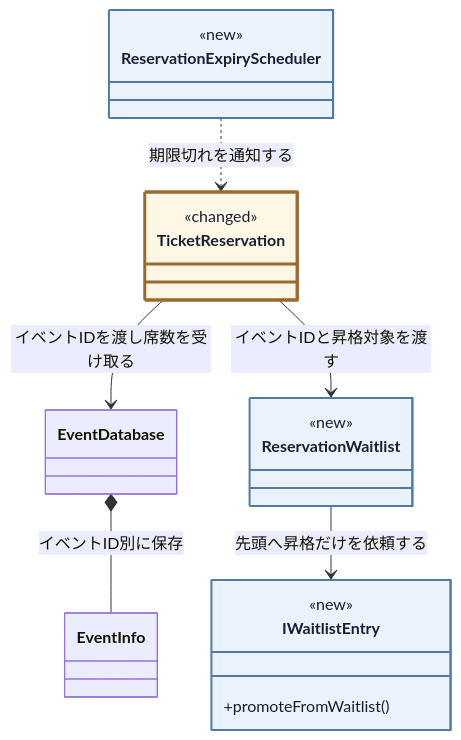
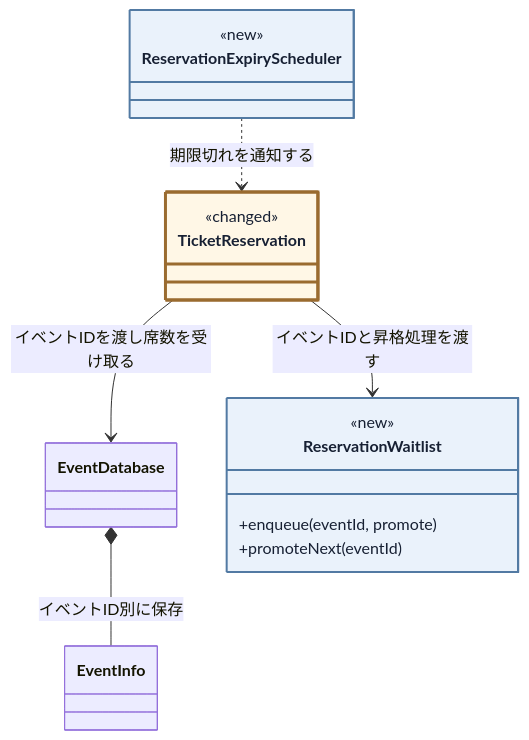
One commit to kumachan1101-pixel/DesignPattern changed diagram 22 of 26 in kindle/design-patterns/books/volume01-core-patterns/output/04-chapter02.md. Above: the diagram before and after it, drawn with Mermaid. The commit also changed other lines of this file and 19 other files, not shown here.

````diff
--- a/kindle/design-patterns/books/volume01-core-patterns/output/04-chapter02.md
+++ b/kindle/design-patterns/books/volume01-core-patterns/output/04-chapter02.md
@@ -2108,28 +2071,24 @@
 ```mermaid
 classDiagram
     direction TB
     class TicketReservation:::touched {
         <<changed>>
     }
     class EventDatabase
     class EventInfo
-    class IWaitlistEntry:::added {
-        <<new>>
-        <<interface>>
-        +promoteFromWaitlist()
-    }
     class ReservationWaitlist:::added {
         <<new>>
+        +enqueue(eventId, promote)
+        +promoteNext(eventId)
     }
     class ReservationExpiryScheduler:::added {
         <<new>>
     }
     TicketReservation --> EventDatabase : イベントIDを渡し席数を受け取る
     EventDatabase *-- EventInfo : イベントID別に保存
-    TicketReservation --> ReservationWaitlist : イベントIDと昇格対象を渡す
-    ReservationWaitlist --> IWaitlistEntry : 先頭へ昇格だけを依頼する
+    TicketReservation --> ReservationWaitlist : イベントIDと昇格処理を渡す
     ReservationExpiryScheduler ..> TicketReservation : 期限切れを通知する
 
     classDef added fill:#eaf2fb,stroke:#527aa3,stroke-width:2px,color:#172033;
     classDef touched fill:#fff7e6,stroke:#9a6b2f,stroke-width:3px,color:#172033;
 ```
````
